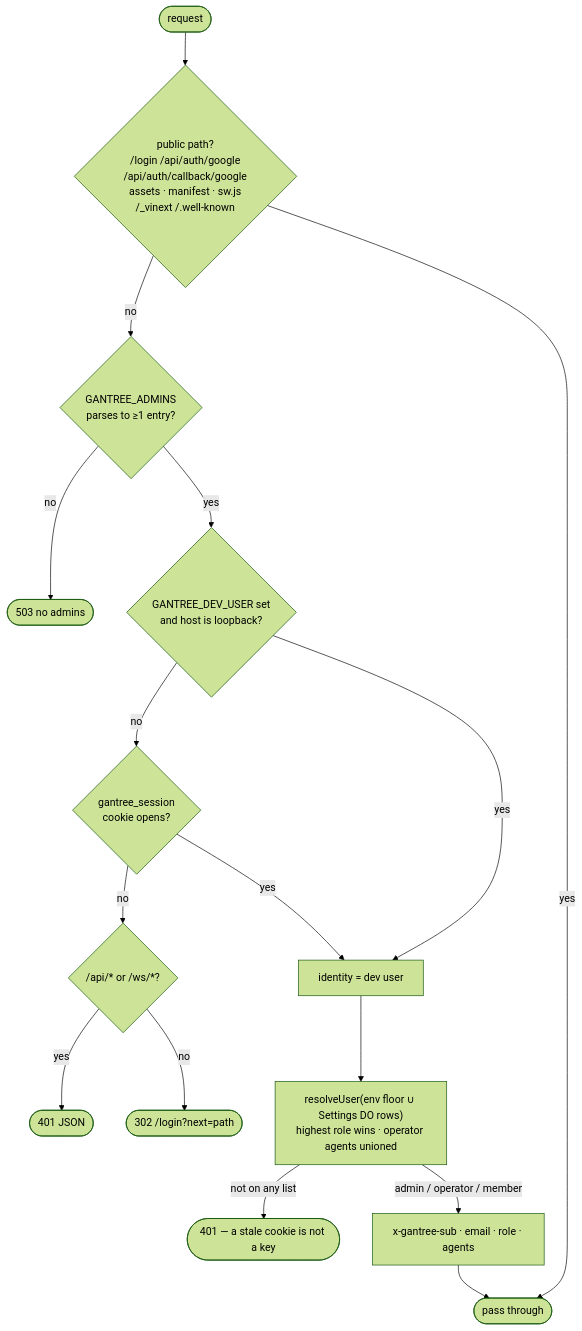
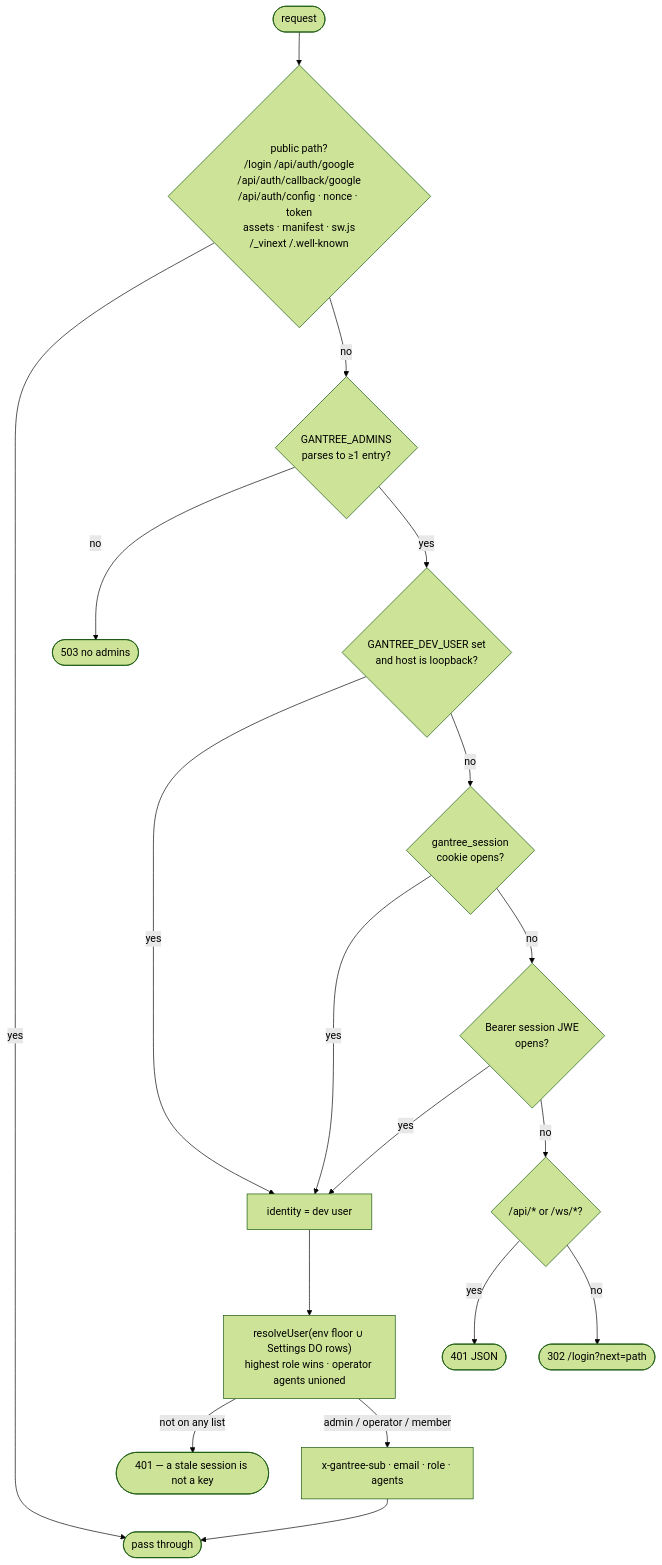
Before and after one commit to shotah/gantree2: the third of 11 diagrams in docs/architecture.md, drawn with Mermaid (forest theme). The commit also changed other lines of this file and 6 other files, not shown here.

````diff
--- a/docs/architecture.md
+++ b/docs/architecture.md
@@ -124,18 +124,20 @@
 ```mermaid
 flowchart TD
-  R([request]) --> PUB{public path?<br/>/login /api/auth/google<br/>/api/auth/callback/google<br/>assets · manifest · sw.js<br/>/_vinext /.well-known}
+  R([request]) --> PUB{public path?<br/>/login /api/auth/google<br/>/api/auth/callback/google<br/>/api/auth/config · nonce · token<br/>assets · manifest · sw.js<br/>/_vinext /.well-known}
   PUB -- yes --> PASS([pass through])
   PUB -- no --> ADM{GANTREE_ADMINS<br/>parses to ≥1 entry?}
   ADM -- no --> E503([503 no admins])
   ADM -- yes --> DEV{GANTREE_DEV_USER set<br/>and host is loopback?}
   DEV -- yes --> ID[identity = dev user]
   DEV -- no --> CK{gantree_session<br/>cookie opens?}
-  CK -- no --> API{"/api/* or /ws/*?"}
+  CK -- yes --> ID
+  CK -- no --> BR{Bearer session JWE<br/>opens?}
+  BR -- yes --> ID
+  BR -- no --> API{"/api/* or /ws/*?"}
   API -- yes --> E401a([401 JSON])
   API -- no --> LOGIN([302 /login?next=path])
-  CK -- yes --> ID
   ID --> RES["resolveUser(env floor ∪ Settings DO rows)<br/>highest role wins · operator agents unioned"]
-  RES -- not on any list --> E401b([401 — a stale cookie is not a key])
+  RES -- not on any list --> E401b([401 — a stale session is not a key])
   RES -- admin / operator / member --> HDR["x-gantree-sub · email · role · agents"]
   HDR --> PASS
 ```
````
